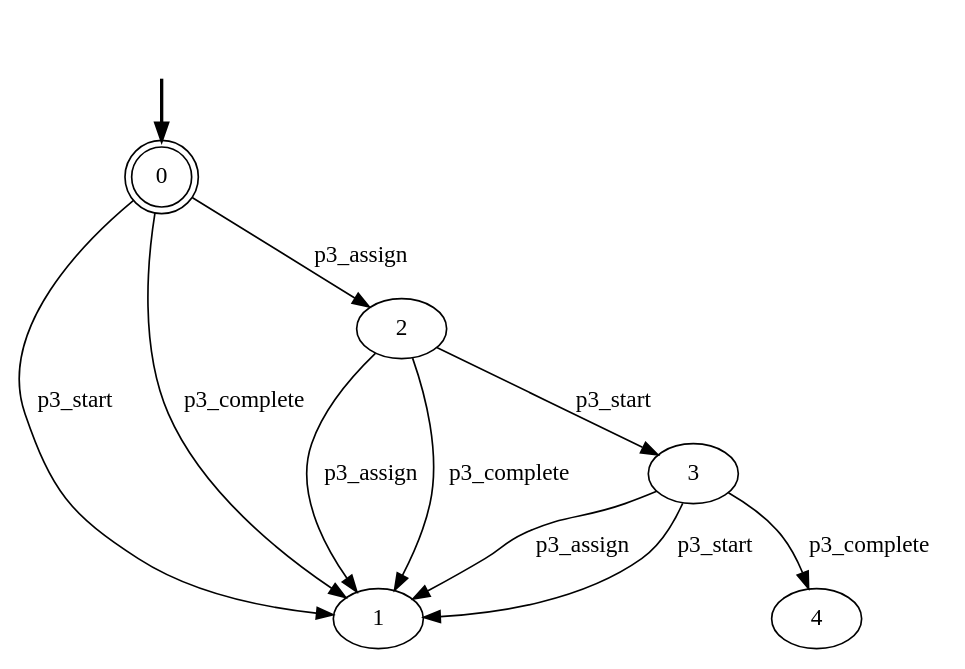
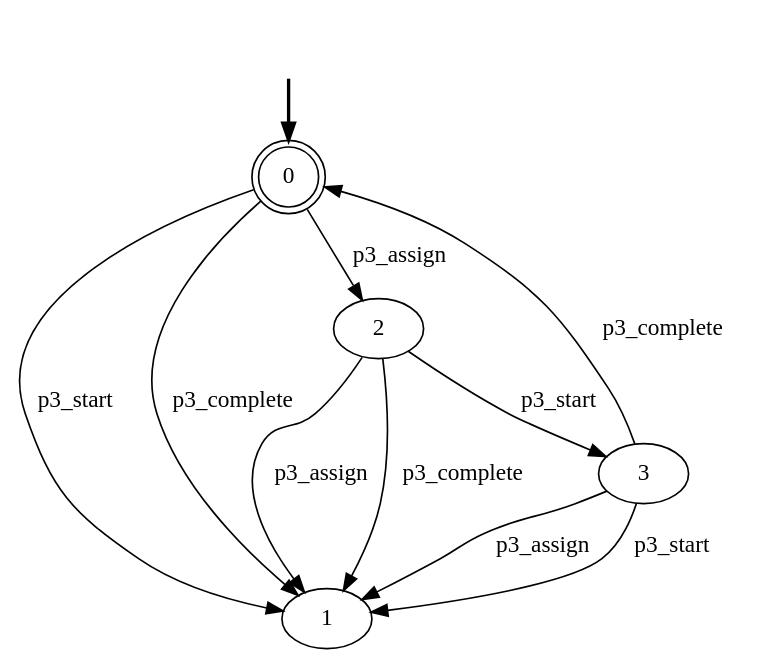
Before and after one commit to GianmarcoBordin/pddlTranslator: the diagram in out/production/Aligner/lifecycle/p3__lifecycle.dot, drawn with Graphviz. The commit also changed 101 other files, not shown here.

```diff
--- a/out/production/Aligner/lifecycle/p3__lifecycle.dot
+++ b/out/production/Aligner/lifecycle/p3__lifecycle.dot
@@ -1,17 +1,17 @@
 digraph {
 	fake0 [style=invisible]
 	0 [root=true] [shape=doublecircle]
 	1
 	2
 	3
 	fake0 -> 0 [style=bold]
 	2 -> 1 [label=p3_assign]
 	2 -> 3 [label=p3_start]
 	2 -> 1 [label=p3_complete]
 	3 -> 1 [label=p3_assign]
 	3 -> 1 [label=p3_start]
-	3 -> 4 [label=p3_complete]
+	3 -> 0 [label=p3_complete]
 	0 -> 2 [label=p3_assign]
 	0 -> 1 [label=p3_start]
 	0 -> 1 [label=p3_complete]
 }
```
